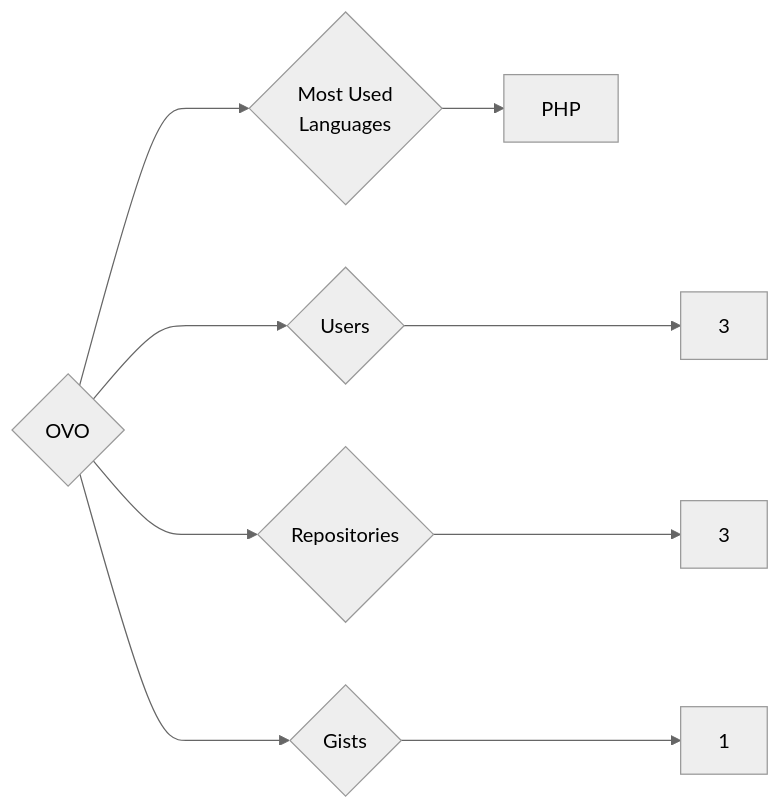
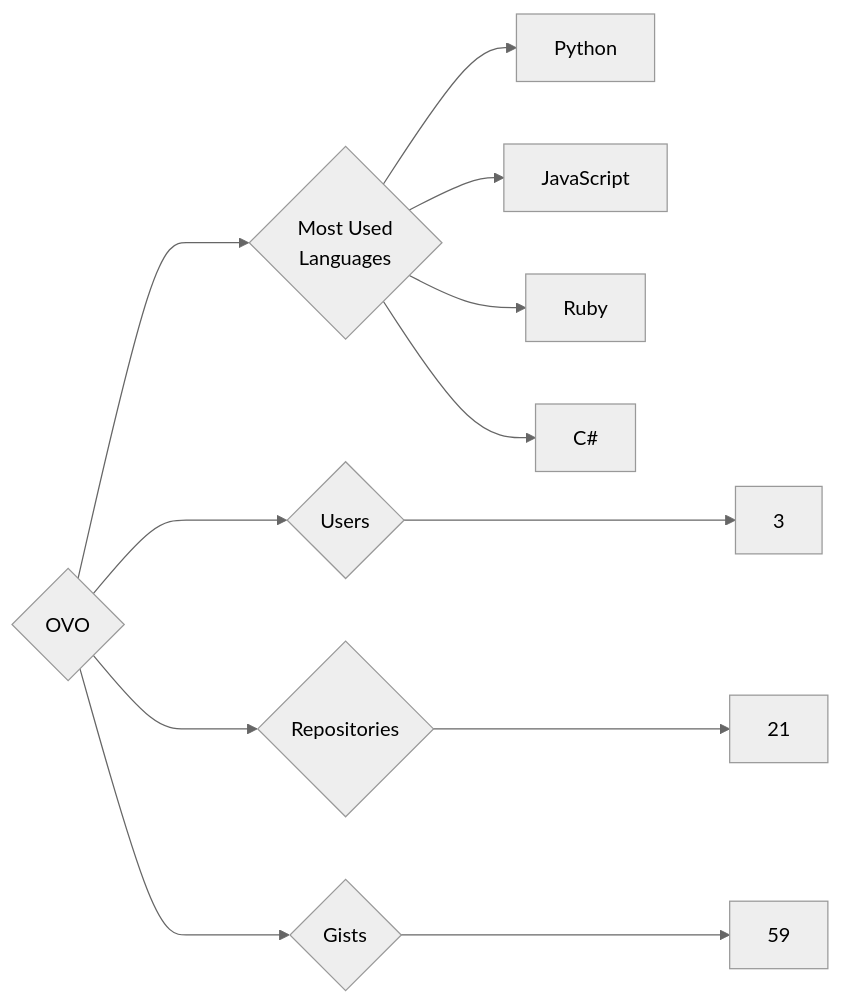
Before and after one commit to trickest/insiders: the diagram in targets/OVO/README.md, drawn with Mermaid (neutral theme). The commit also changed 1170 other files, not shown here.

````diff
--- a/targets/OVO/README.md
+++ b/targets/OVO/README.md
@@ -3,9 +3,12 @@
 ```mermaid
 graph LR
 COMPANY_NAME{OVO}
 COMPANY_NAME ---> U{Users} ---> UN[3]
-COMPANY_NAME ---> R{Repositories} ---> RN[3]
-COMPANY_NAME ---> G{Gists} ---> GN[1]
+COMPANY_NAME ---> R{Repositories} ---> RN[21]
+COMPANY_NAME ---> G{Gists} ---> GN[59]
 COMPANY_NAME ---> ML{Most Used<br>Languages}
-ML --> PHP[PHP]
+ML --> Python[Python]
+ML --> JavaScript[JavaScript]
+ML --> Ruby[Ruby]
+ML --> C#[C#]
 ```
````
